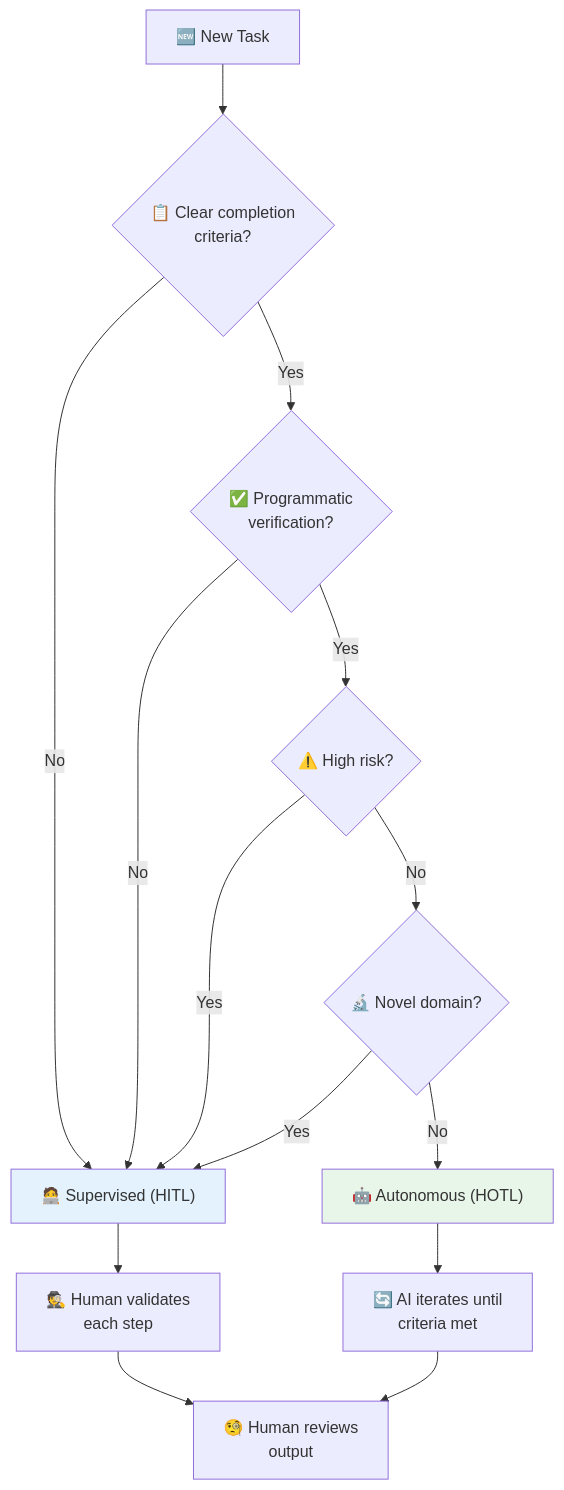
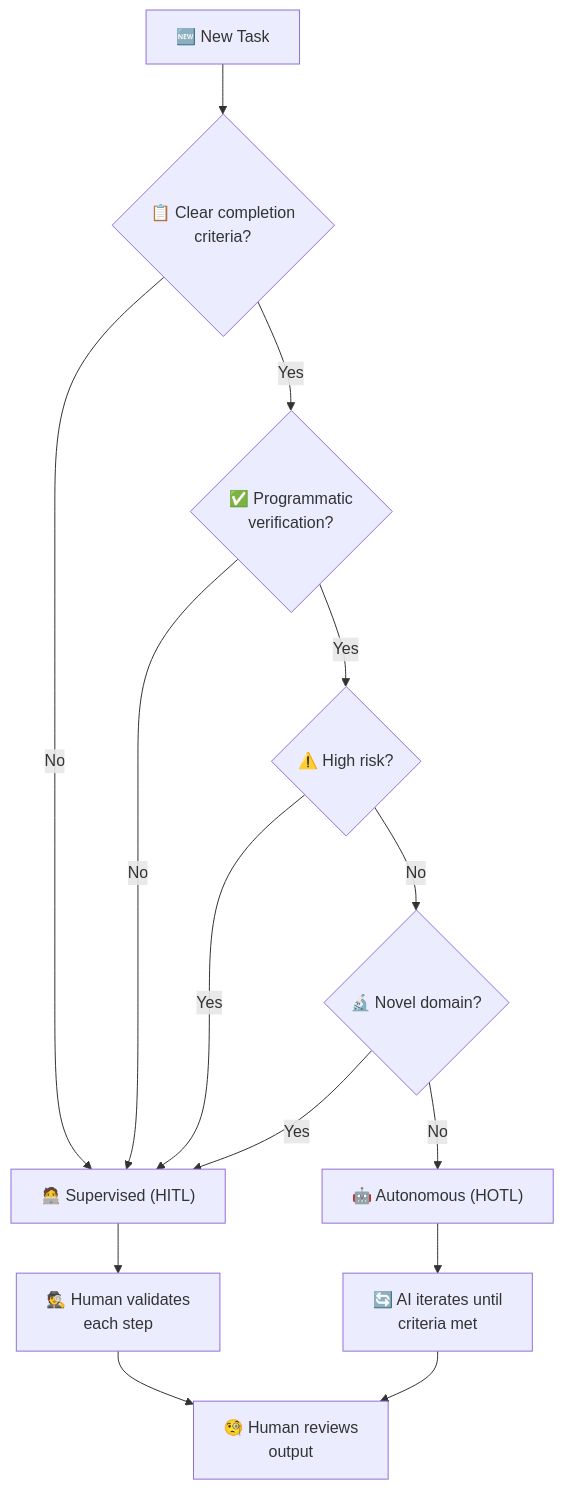
Before and after one commit to TheBushidoCollective/han: diagram 12 of 12 in website/content/papers/ai-dlc-2026.md, drawn with Mermaid.

Commit message:
fix(website): remove remaining hard-coded colors from decision tree diagram
- Remove light blue fill (#e3f2fd) from Supervised (HITL) node
- Remove light green fill (#e8f5e9) from Autonomous (HOTL) node
- Ensures consistent theme-appropriate colors across all diagrams

````diff
--- a/website/content/papers/ai-dlc-2026.md
+++ b/website/content/papers/ai-dlc-2026.md
@@ -1009,21 +1009,18 @@
 ```mermaid
 flowchart TD
     A["🆕 New Task"] --> B{"📋 Clear completion<br/>criteria?"}
     B -->|"No"| C["🧑‍💻 Supervised (HITL)"]
     B -->|"Yes"| D{"✅ Programmatic<br/>verification?"}
     D -->|"No"| C
     D -->|"Yes"| E{"⚠️ High risk?"}
     E -->|"Yes"| C
     E -->|"No"| F{"🔬 Novel domain?"}
     F -->|"Yes"| C
     F -->|"No"| G["🤖 Autonomous (HOTL)"]
 
     C --> H["🕵️ Human validates<br/>each step"]
     G --> I["🔄 AI iterates until<br/>criteria met"]
 
     H --> J["🧐 Human reviews<br/>output"]
     I --> J
-
-    style C fill:#e3f2fd
-    style G fill:#e8f5e9
 ```
````
